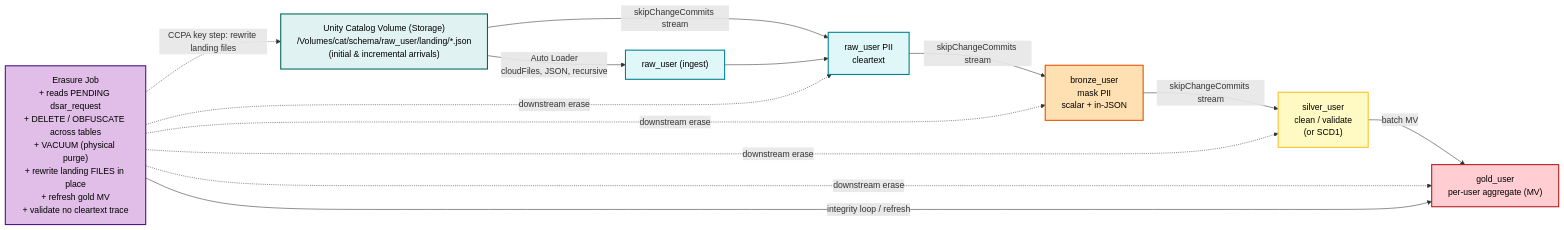
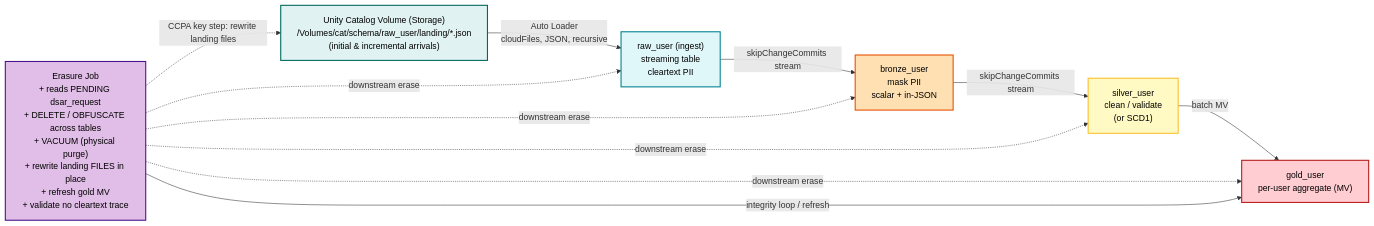
The diagram in allegiant-json-pii-masking/dsar_erasure/sdp_integration/README.md (dipankarkush-db/allegiantair), drawn with Mermaid before and after one commit.

Commit message:
docs(dsar-sdp): fix arch diagram — single raw_user node (not two)
The pipeline has exactly one raw_user streaming table. The diagram had split it
into 'raw_user (ingest)' + 'raw_user PII cleartext' (a leftover from the original
PlantUML draft) and drew a spurious 'skipChangeCommits stream' edge from the
volume. Merged into one 'raw_user (ingest) / cleartext PII' node: volume --Auto
Loader--> raw_user --skipChangeCommits--> bronze. Matches the 4-table pipeline
(raw_user, bronze_user, silver_user, gold_user).

````diff
--- a/allegiant-json-pii-masking/dsar_erasure/sdp_integration/README.md
+++ b/allegiant-json-pii-masking/dsar_erasure/sdp_integration/README.md
@@ -16,40 +16,37 @@
 ```mermaid
 flowchart LR
     %% Define color classes for the legend
     classDef storage fill:#e0f2f1,stroke:#00695c,stroke-width:2px,color:#000
     classDef raw fill:#e0f7fa,stroke:#00838f,stroke-width:2px,color:#000
     classDef bronze fill:#ffe0b2,stroke:#e65100,stroke-width:2px,color:#000
     classDef silver fill:#fff9c4,stroke:#fbc02d,stroke-width:2px,color:#000
     classDef gold fill:#ffcdd2,stroke:#b71c1c,stroke-width:2px,color:#000
     classDef erasure fill:#e1bee7,stroke:#4a148c,stroke-width:2px,color:#000
 
     %% Node Definitions
     UCV["Unity Catalog Volume (Storage)<br/>/Volumes/cat/schema/raw_user/landing/*.json<br/>(initial & incremental arrivals)"]:::storage
 
-    RawIngest["raw_user (ingest)"]:::raw
-    RawPII["raw_user PII<br/>cleartext"]:::raw
+    Raw["raw_user (ingest)<br/>streaming table<br/>cleartext PII"]:::raw
 
     Bronze["bronze_user<br/>mask PII<br/>scalar + in-JSON"]:::bronze
     Silver["silver_user<br/>clean / validate<br/>(or SCD1)"]:::silver
     Gold["gold_user<br/>per-user aggregate (MV)"]:::gold
 
     Erasure["Erasure Job<br/>+ reads PENDING dsar_request<br/>+ DELETE / OBFUSCATE across tables<br/>+ VACUUM (physical purge)<br/>+ rewrite landing FILES in place<br/>+ refresh gold MV<br/>+ validate no cleartext trace"]:::erasure
 
     %% Data Ingestion Flow
-    UCV -->|Auto Loader <br/> cloudFiles, JSON, recursive| RawIngest
-    UCV -->|skipChangeCommits stream| RawPII
-    RawIngest --> RawPII
+    UCV -->|Auto Loader <br/> cloudFiles, JSON, recursive| Raw
 
     %% Processing Pipeline
-    RawPII -->|skipChangeCommits stream| Bronze
+    Raw -->|skipChangeCommits stream| Bronze
     Bronze -->|skipChangeCommits stream| Silver
     Silver -->|batch MV| Gold
 
     %% Erasure Flow & Integrity Loop
     Erasure -.->|CCPA key step: rewrite landing files| UCV
-    Erasure -.->|downstream erase| RawPII
+    Erasure -.->|downstream erase| Raw
     Erasure -.->|downstream erase| Bronze
     Erasure -.->|downstream erase| Silver
     Erasure -.->|downstream erase| Gold
     Erasure -->|integrity loop / refresh| Gold
 ```
````
